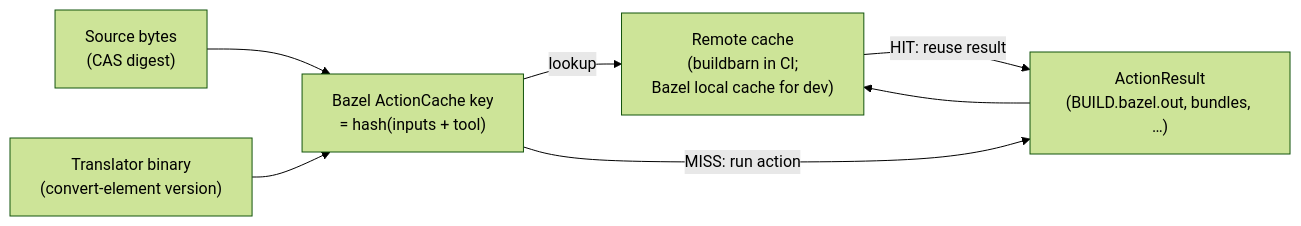
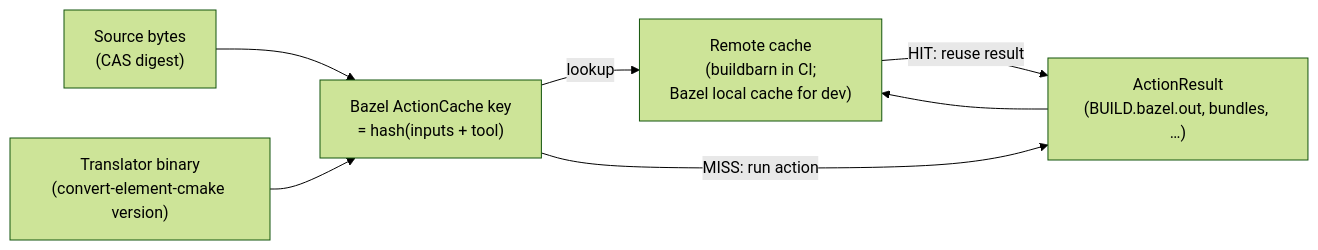
Before and after one commit to sstriker/buildstream-bazel: diagram 12 of 14 in docs/visual-guide.md, drawn with Mermaid (forest theme). The commit also changed other lines of this file and 127 other files, not shown here.

````diff
--- a/docs/visual-guide.md
+++ b/docs/visual-guide.md
@@ -336,15 +336,15 @@
 ```mermaid
 flowchart LR
     SRC3["Source bytes\n(CAS digest)"]
-    TOOL["Translator binary\n(convert-element version)"]
+    TOOL["Translator binary\n(convert-element-cmake version)"]
     KEY["Bazel ActionCache key\n= hash(inputs + tool)"]
     RESULT["ActionResult\n(BUILD.bazel.out, bundles, …)"]
     REMOTE["Remote cache\n(buildbarn in CI;\nBazel local cache for dev)"]
 
     SRC3 --> KEY
     TOOL --> KEY
     KEY -- "lookup" --> REMOTE
     REMOTE -- "HIT: reuse result" --> RESULT
     KEY -- "MISS: run action" --> RESULT
     RESULT --> REMOTE
 ```
````
